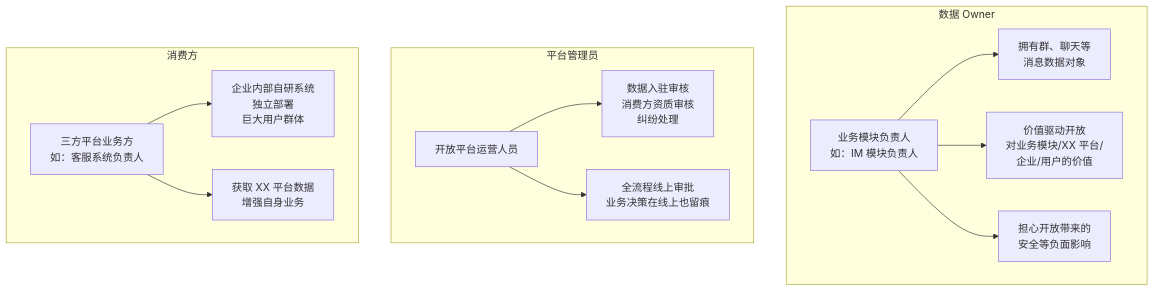
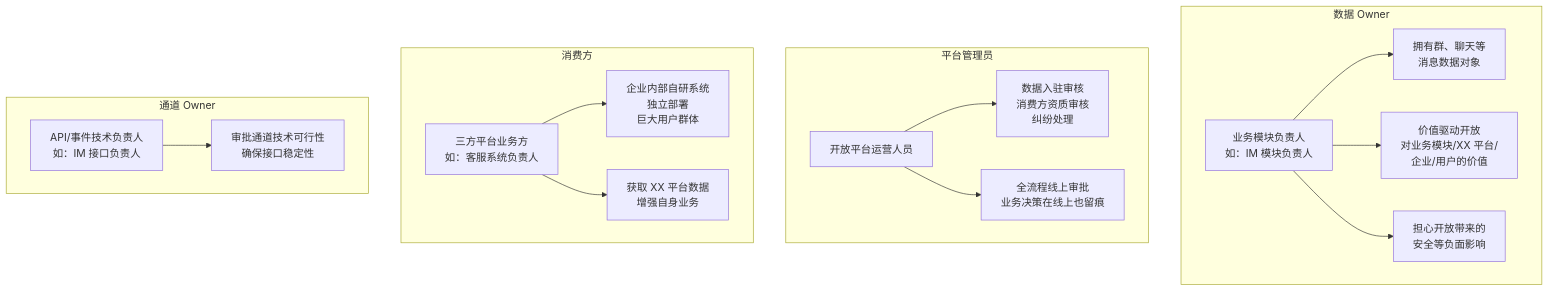
Before and after one commit to THZSummer/Product: the third of 13 diagrams in open-app/.sdd/specs-tree-root/specs-tree-data-open-platform/discovery-report.md, drawn with Mermaid. The commit also changed other lines of this file and 2 other files, not shown here.

````diff
--- a/open-app/.sdd/specs-tree-root/specs-tree-data-open-platform/discovery-report.md
+++ b/open-app/.sdd/specs-tree-root/specs-tree-data-open-platform/discovery-report.md
@@ -133,25 +133,31 @@
 ```mermaid
 graph TB
     subgraph 数据 Owner
         U1[业务模块负责人<br/>如：IM 模块负责人]
         U1_Desc[拥有群、聊天等<br/>消息数据对象]
         U1_Motive[价值驱动开放<br/>对业务模块/XX 平台/<br/>企业/用户的价值]
         U1_Concern[担心开放带来的<br/>安全等负面影响]
     end
     
     subgraph 平台管理员
         U2[开放平台运营人员]
         U2_Resp[数据入驻审核<br/>消费方资质审核<br/>纠纷处理]
         U2_Scope[全流程线上审批<br/>业务决策在线上也留痕]
     end
     
     subgraph 消费方
         U3[三方平台业务方<br/>如：客服系统负责人]
         U3_Type[企业内部自研系统<br/>独立部署<br/>巨大用户群体]
         U3_Need[获取 XX 平台数据<br/>增强自身业务]
     end
     
+    subgraph 通道 Owner
+        U4[API/事件技术负责人<br/>如：IM 接口负责人]
+        U4_Resp[审批通道技术可行性<br/>确保接口稳定性]
+    end
+    
     U1 --> U1_Desc & U1_Motive & U1_Concern
     U2 --> U2_Resp & U2_Scope
     U3 --> U3_Type & U3_Need
+    U4 --> U4_Resp
 ```
````
